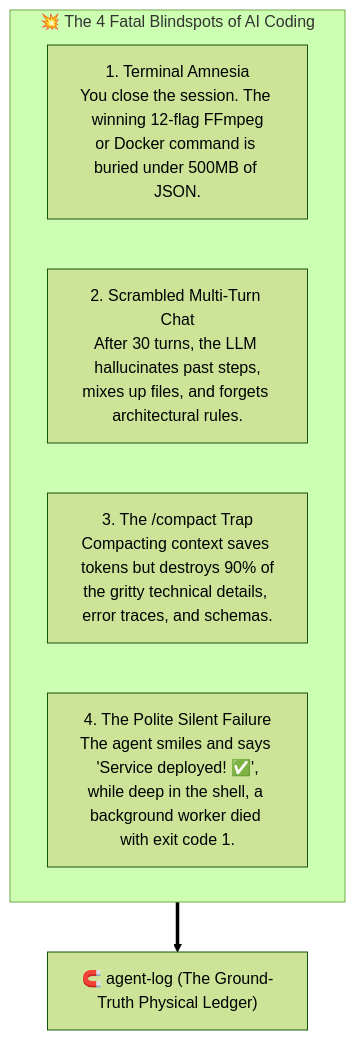
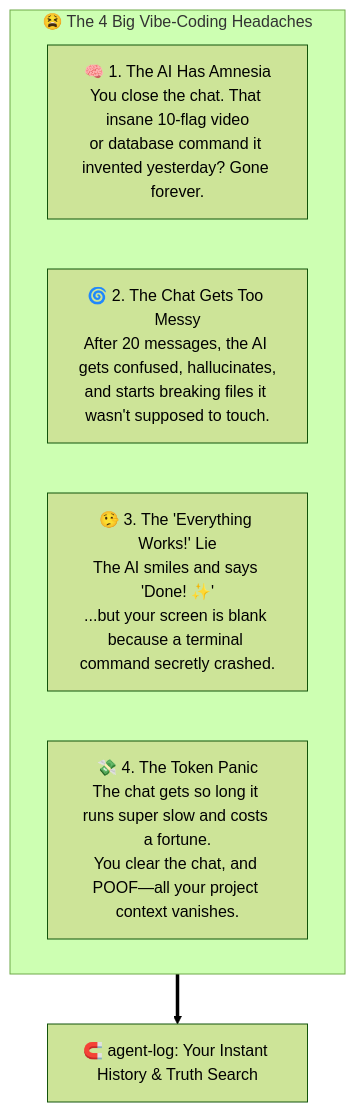
One commit to Gabrielrtads/agent-log changed the diagram in README.md. Above: the diagram before and after it, drawn with Mermaid (forest theme). The commit also changed other lines of this file and 1 other file, not shown here.

Commit message:
docs: rewrite for beginner vibe-coders (relatable language, zero jargon, cheat sheet)

````diff
--- a/README.md
+++ b/README.md
@@ -28,11 +27,11 @@
 ```mermaid
 flowchart TD
-    subgraph Pains["💥 The 4 Fatal Blindspots of AI Coding"]
-        A["1. Terminal Amnesia\nYou close the session. The winning 12-flag FFmpeg\nor Docker command is buried under 500MB of JSON."]
-        B["2. Scrambled Multi-Turn Chat\nAfter 30 turns, the LLM hallucinates past steps,\nmixes up files, and forgets architectural rules."]
-        C["3. The /compact Trap\nCompacting context saves tokens but destroys 90% of\nthe gritty technical details, error traces, and schemas."]
-        D["4. The Polite Silent Failure\nThe agent smiles and says 'Service deployed! ✅',\nwhile deep in the shell, a background worker died with exit code 1."]
+    subgraph Nightmares["😫 The 4 Big Vibe-Coding Headaches"]
+        A["🧠 1. The AI Has Amnesia\nYou close the chat. That insane 10-flag video\nor database command it invented yesterday? Gone forever."]
+        B["🌀 2. The Chat Gets Too Messy\nAfter 20 messages, the AI gets confused, hallucinates,\nand starts breaking files it wasn't supposed to touch."]
+        C["🤥 3. The 'Everything Works!' Lie\nThe AI smiles and says 'Done! ✨'\n...but your screen is blank because a terminal command secretly crashed."]
+        D["💸 4. The Token Panic\nThe chat gets so long it runs super slow and costs a fortune.\nYou clear the chat, and POOF—all your project context vanishes."]
     end
 
-    Pains ==> Solution["🧲 agent-log (The Ground-Truth Physical Ledger)"]
+    Nightmares ==> Solution["🧲 agent-log: Your Instant History & Truth Search"]
 ```
````
